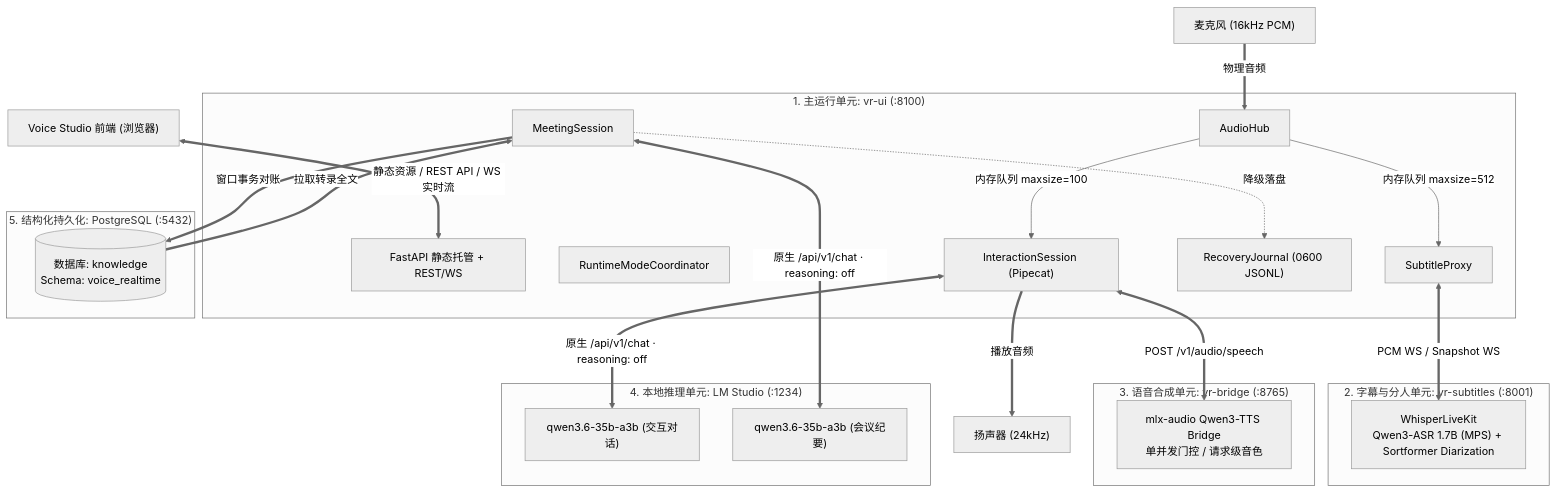
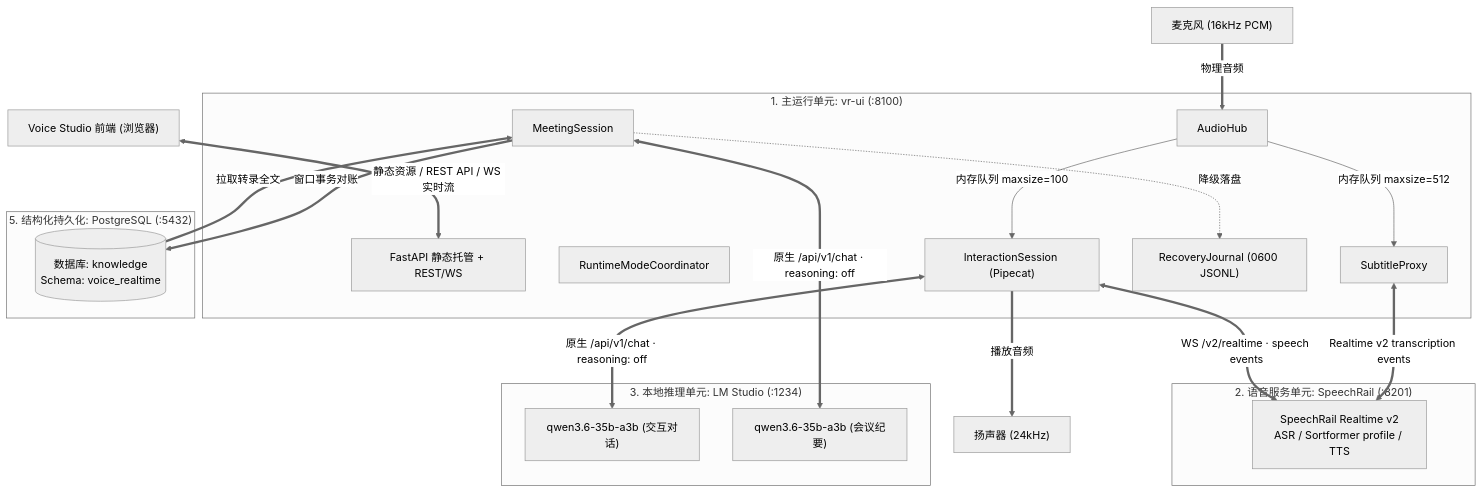
Before and after one commit to hrygo/voice-realtime: the second of 13 diagrams in docs/architecture/系统总体架构与详细设计方案.md, drawn with Mermaid (neutral theme). The commit also changed other lines of this file and 38 other files, not shown here.

Commit message:
refactor(tts): remove legacy bridge runtime

````diff
--- a/docs/architecture/系统总体架构与详细设计方案.md
+++ b/docs/architecture/系统总体架构与详细设计方案.md
@@ -201,49 +200,45 @@
 ```mermaid
 flowchart TB
     BROWSER["Voice Studio 前端 (浏览器)"]
     MIC["麦克风 (16kHz PCM)"]
     SPEAKER["扬声器 (24kHz)"]
 
     subgraph UNIT1["1. 主运行单元: vr-ui (:8100)"]
         FASTAPI["FastAPI 静态托管 + REST/WS"]
         HUB_NODE["AudioHub"]
         COORD_NODE["RuntimeModeCoordinator"]
         PIPE_NODE["InteractionSession (Pipecat)"]
         PROXY_NODE["SubtitleProxy"]
         MEETING_NODE["MeetingSession"]
         JOURNAL_NODE["RecoveryJournal (0600 JSONL)"]
     end
 
-    subgraph UNIT2["2. 字幕与分人单元: vr-subtitles (:8001)"]
-        WLK_NODE["WhisperLiveKit<br/>Qwen3-ASR 1.7B (MPS) + Sortformer Diarization"]
+    subgraph UNIT2["2. 语音服务单元: SpeechRail (:8201)"]
+        SPEECHRAIL_NODE["SpeechRail Realtime v2<br/>ASR / Sortformer profile / TTS"]
     end
 
-    subgraph UNIT3["3. 语音合成单元: vr-bridge (:8765)"]
-        TTS_NODE["mlx-audio Qwen3-TTS Bridge<br/>单并发门控 / 请求级音色"]
-    end
-
-    subgraph UNIT4["4. 本地推理单元: LM Studio (:1234)"]
+    subgraph UNIT3["3. 本地推理单元: LM Studio (:1234)"]
         LM_INTERACT["qwen3.6-35b-a3b (交互对话)"]
         LM_SUMMARY["qwen3.6-35b-a3b (会议纪要)"]
     end
 
     subgraph STORAGE["5. 结构化持久化: PostgreSQL (:5432)"]
         PG_DB[("数据库: knowledge<br/>Schema: voice_realtime")]
     end
 
     MIC ==>|物理音频| HUB_NODE
     HUB_NODE -->|内存队列 maxsize=100| PIPE_NODE
     HUB_NODE -->|内存队列 maxsize=512| PROXY_NODE
 
-    PROXY_NODE <==>|PCM WS / Snapshot WS| WLK_NODE
+    PROXY_NODE <==>|Realtime v2 transcription events| SPEECHRAIL_NODE
     PIPE_NODE <==>|原生 /api/v1/chat · reasoning: off| LM_INTERACT
-    PIPE_NODE <==>|POST /v1/audio/speech| TTS_NODE
+    PIPE_NODE <==>|WS /v2/realtime · speech events| SPEECHRAIL_NODE
     PIPE_NODE ==>|播放音频| SPEAKER
 
     MEETING_NODE ==>|窗口事务对账| PG_DB
     MEETING_NODE -.->|降级落盘| JOURNAL_NODE
     PG_DB ==>|拉取转录全文| MEETING_NODE
     MEETING_NODE <==>|原生 /api/v1/chat · reasoning: off| LM_SUMMARY
 
     BROWSER <==>|静态资源 / REST API / WS 实时流| FASTAPI
 ```
````
